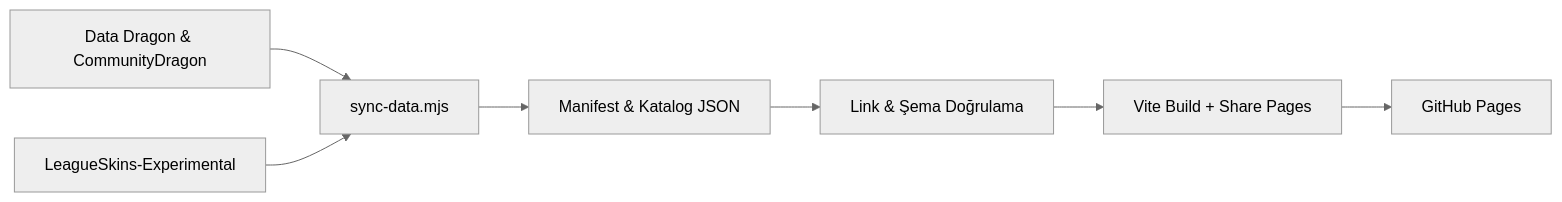
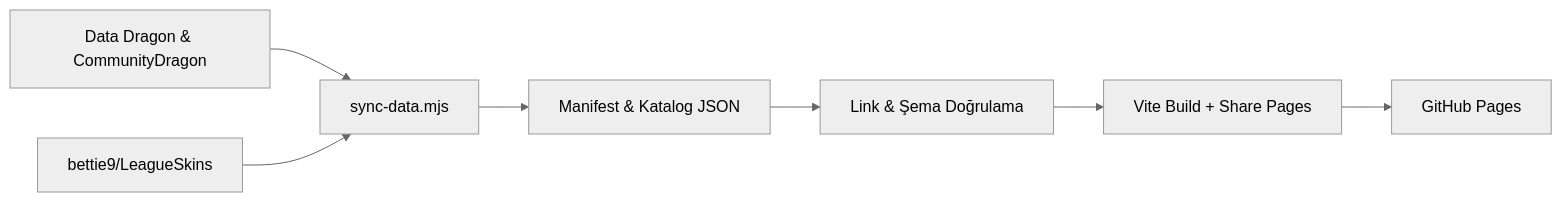
The diagram in README.md (existye4t/lol-skin-finder), drawn with Mermaid (neutral theme) before and after one commit. The commit also changed other lines of this file and 20 other files, not shown here.

Commit message:
Migrate skin downloads to bettie9 LeagueSkins

````diff
--- a/README.md
+++ b/README.md
@@ -83,9 +83,9 @@
 ```mermaid
 flowchart LR
     A["Data Dragon & CommunityDragon"] --> C["sync-data.mjs"]
-    B["LeagueSkins-Experimental"] --> C
+    B["bettie9/LeagueSkins"] --> C
     C --> D["Manifest & Katalog JSON"]
     D --> E["Link & Şema Doğrulama"]
     E --> F["Vite Build + Share Pages"]
     F --> G["GitHub Pages"]
 ```
````
